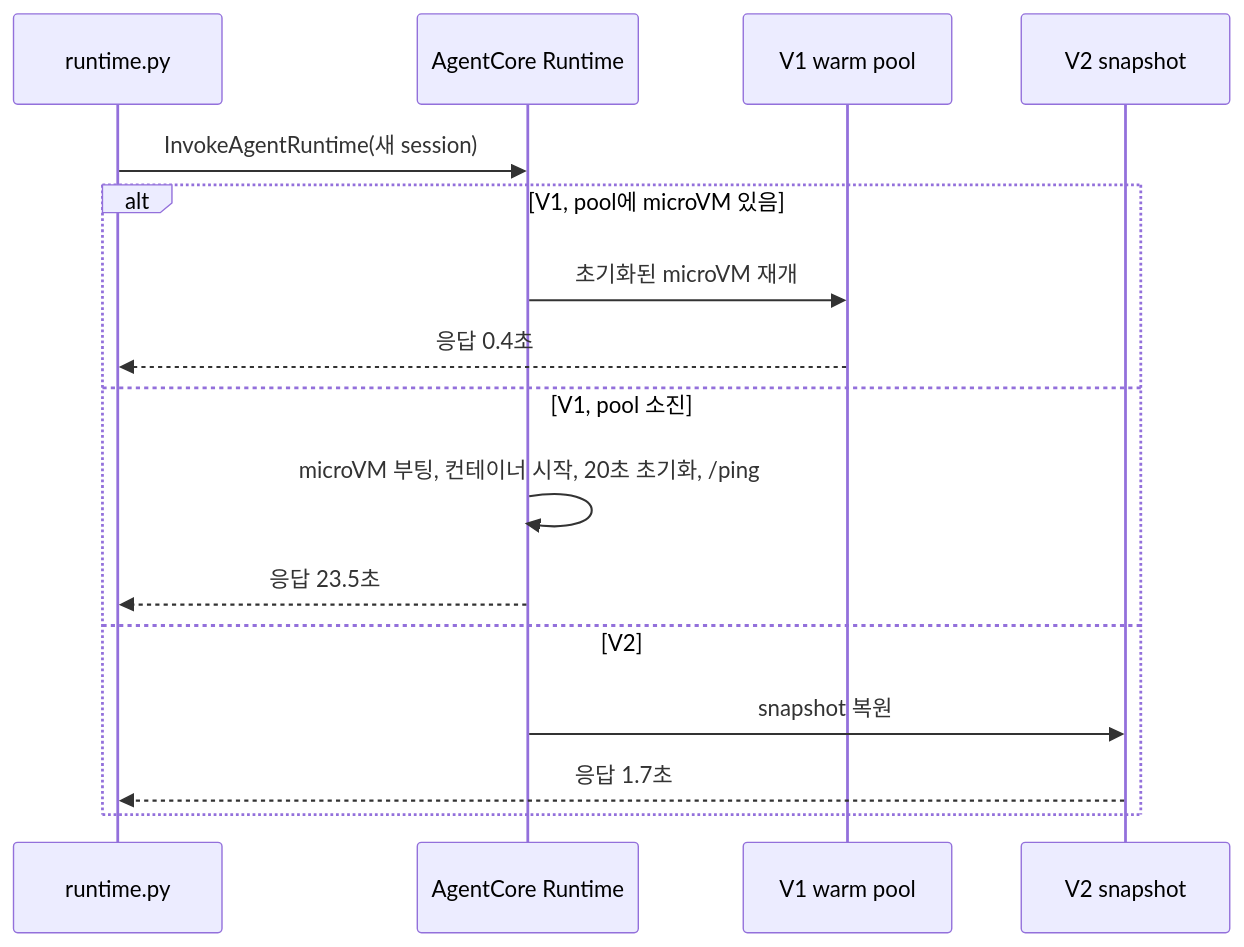
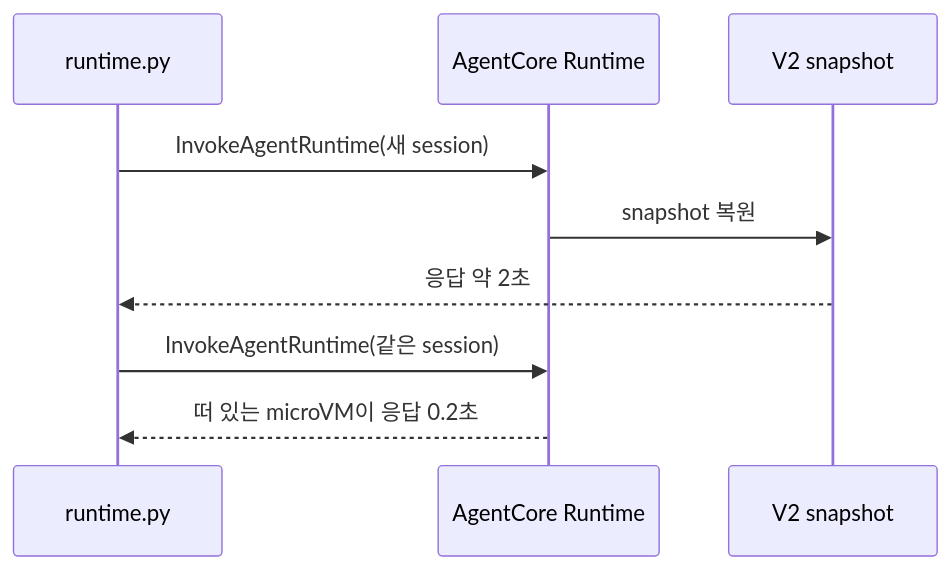
Before and after one commit to choisungwook/portfolio: the diagram in aws/bedrock/agentcore-runtime-v2/docs/2-snapshot-cold-start.md, drawn with Mermaid. The commit also changed other lines of this file and 34 other files, not shown here.

First line of the commit message:
feat(bedrock): AgentCore Runtime V2 핸즈온 V2 전용 재구성과 PR 흐름의 Copilot 리뷰 제거 (#1440)

````diff
--- a/aws/bedrock/agentcore-runtime-v2/docs/2-snapshot-cold-start.md
+++ b/aws/bedrock/agentcore-runtime-v2/docs/2-snapshot-cold-start.md
@@ -58,18 +59,11 @@
 ```mermaid
 sequenceDiagram
   participant C as runtime.py
   participant R as AgentCore Runtime
-  participant P as V1 warm pool
   participant S as V2 snapshot
   C->>R: InvokeAgentRuntime(새 session)
-  alt V1, pool에 microVM 있음
-    R->>P: 초기화된 microVM 재개
-    P-->>C: 응답 0.4초
-  else V1, pool 소진
-    R->>R: microVM 부팅, 컨테이너 시작, 20초 초기화, /ping
-    R-->>C: 응답 23.5초
-  else V2
-    R->>S: snapshot 복원
-    S-->>C: 응답 1.7초
-  end
+  R->>S: snapshot 복원
+  S-->>C: 응답 약 2초
+  C->>R: InvokeAgentRuntime(같은 session)
+  R-->>C: 떠 있는 microVM이 응답 0.2초
 ```
````
